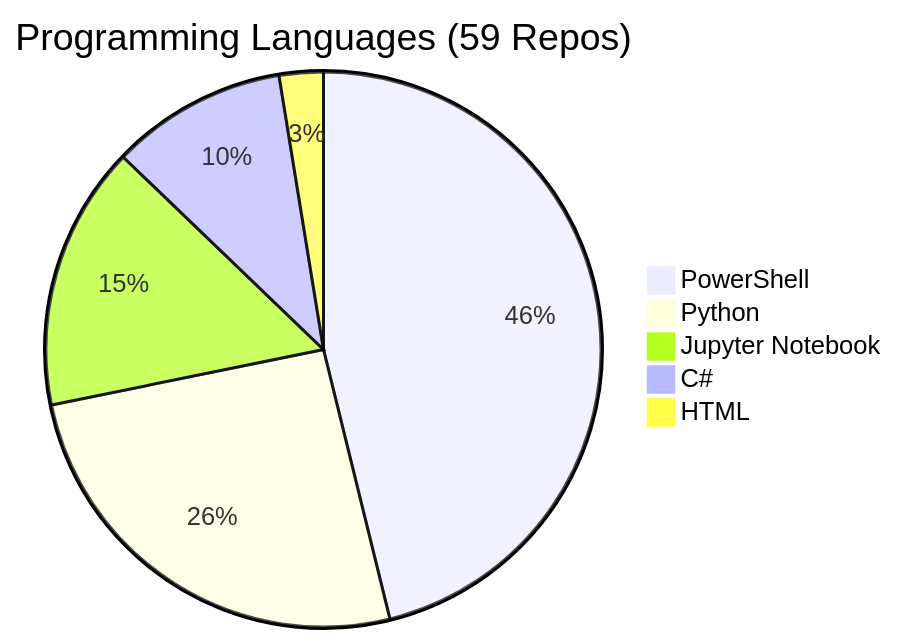
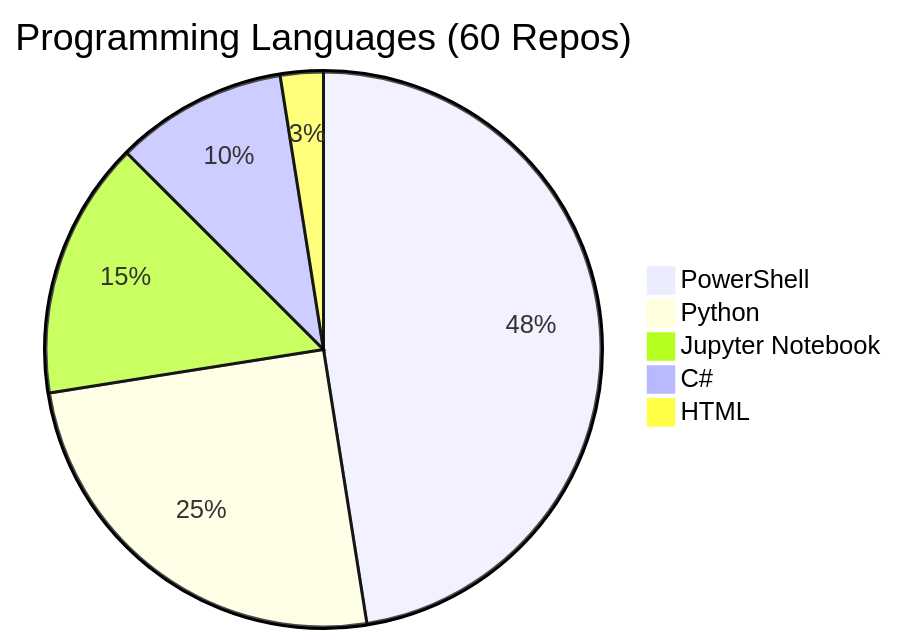
Before and after one commit to fabioc-aloha/fabioc-aloha: the diagram in REPOS.md, drawn with Mermaid. The commit also changed other lines of this file and 1 other file, not shown here.

````diff
--- a/REPOS.md
+++ b/REPOS.md
@@ -102,8 +103,8 @@
 ```mermaid
-pie title Programming Languages (59 Repos)
-    "PowerShell" : 18
+pie title Programming Languages (60 Repos)
+    "PowerShell" : 19
     "Python" : 10
     "Jupyter Notebook" : 6
     "C#" : 4
     "HTML" : 1
 ```
````
